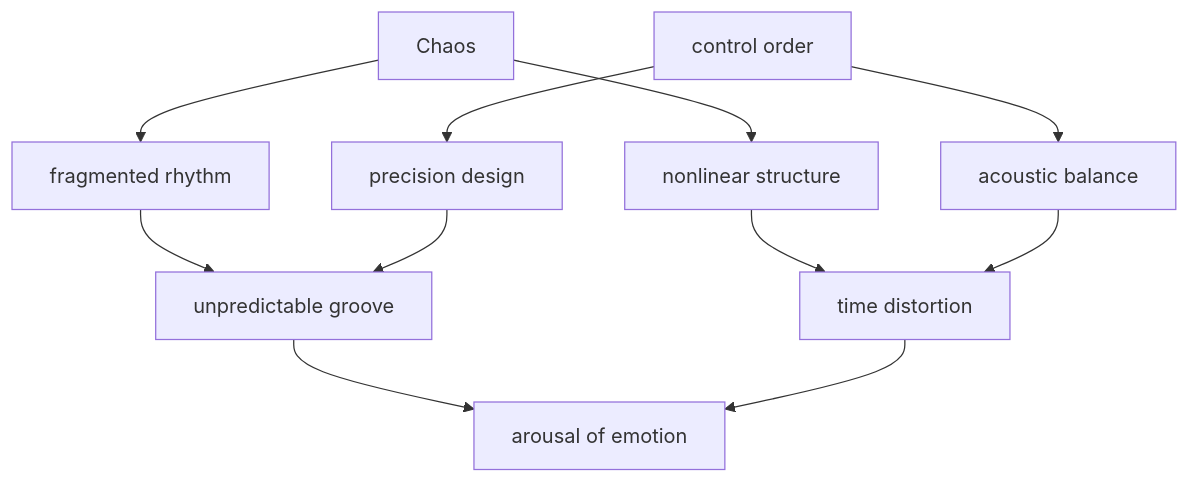
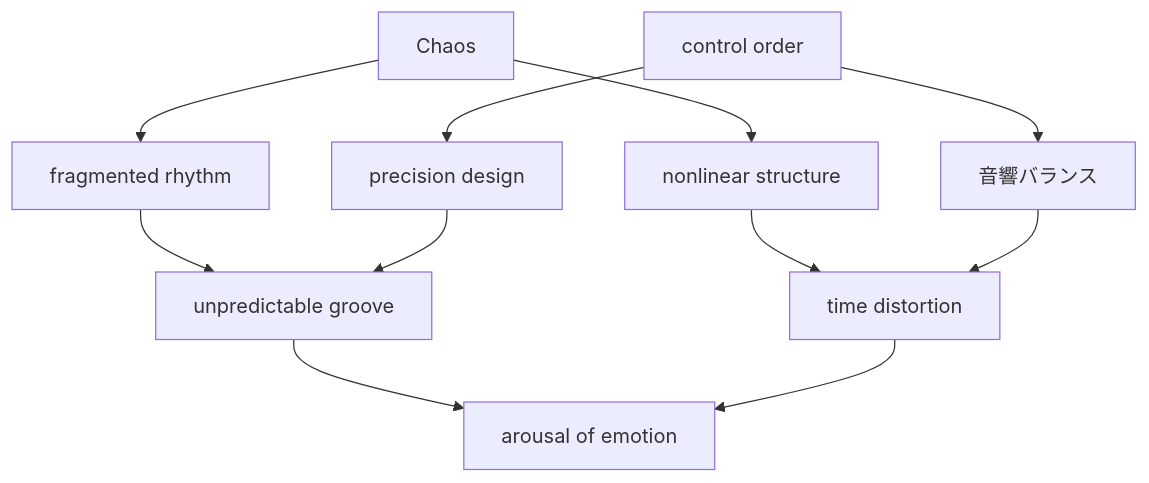
Before and after one commit to monumental-movement/monumental-movement.github.io: the diagram in en/_posts/2026-04-03-column-aphex-twin.md, drawn with Mermaid. The commit also changed other lines of this file and 1012 other files, not shown here.

```diff
--- a/en/_posts/2026-04-03-column-aphex-twin.md
+++ b/en/_posts/2026-04-03-column-aphex-twin.md
@@ -160,13 +160,13 @@
 <div class="mermaid">
 graph TD
 A[Chaos] --> B[fragmented rhythm]
 A --> C[nonlinear structure]
 D[control order] --> E[precision design]
-D --> F[acoustic balance]
+D --> F[音響バランス]
 B --> G[unpredictable groove]
 E --> G
 C --> H[time distortion]
 F --> H
 G --> I[arousal of emotion]
 H --> I
 </div>
```
